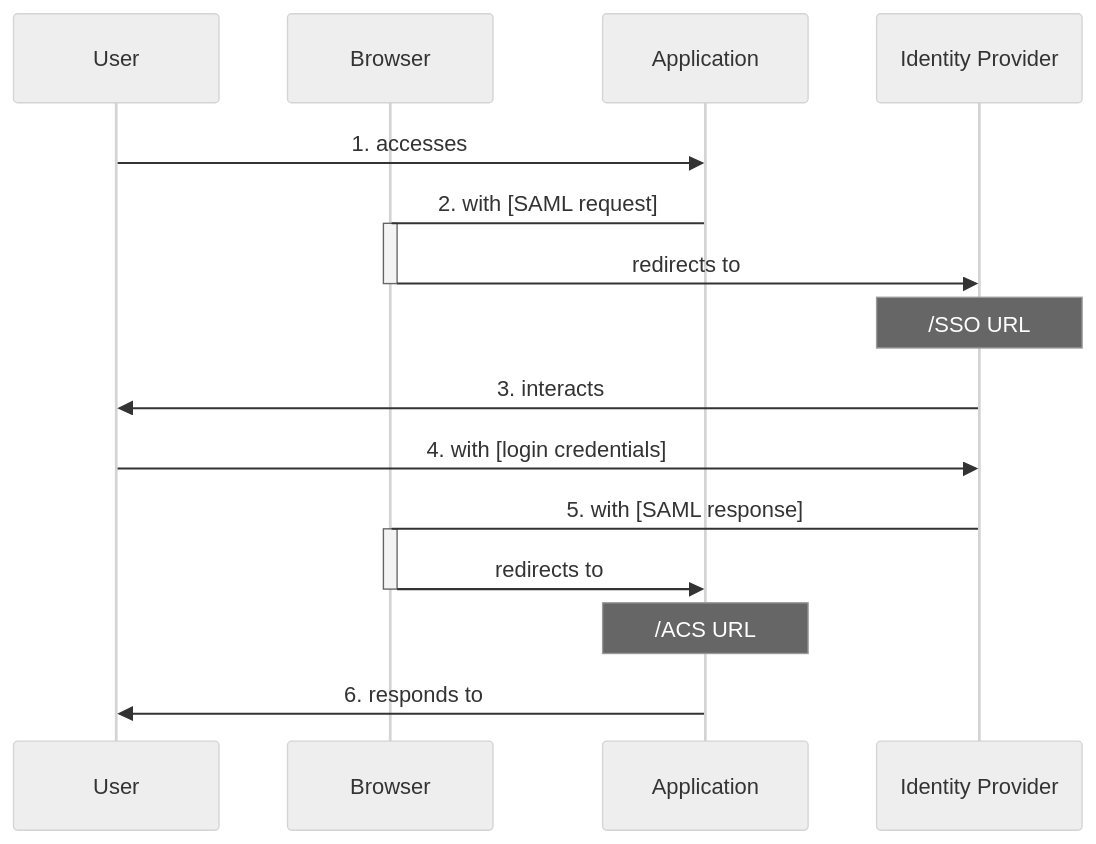
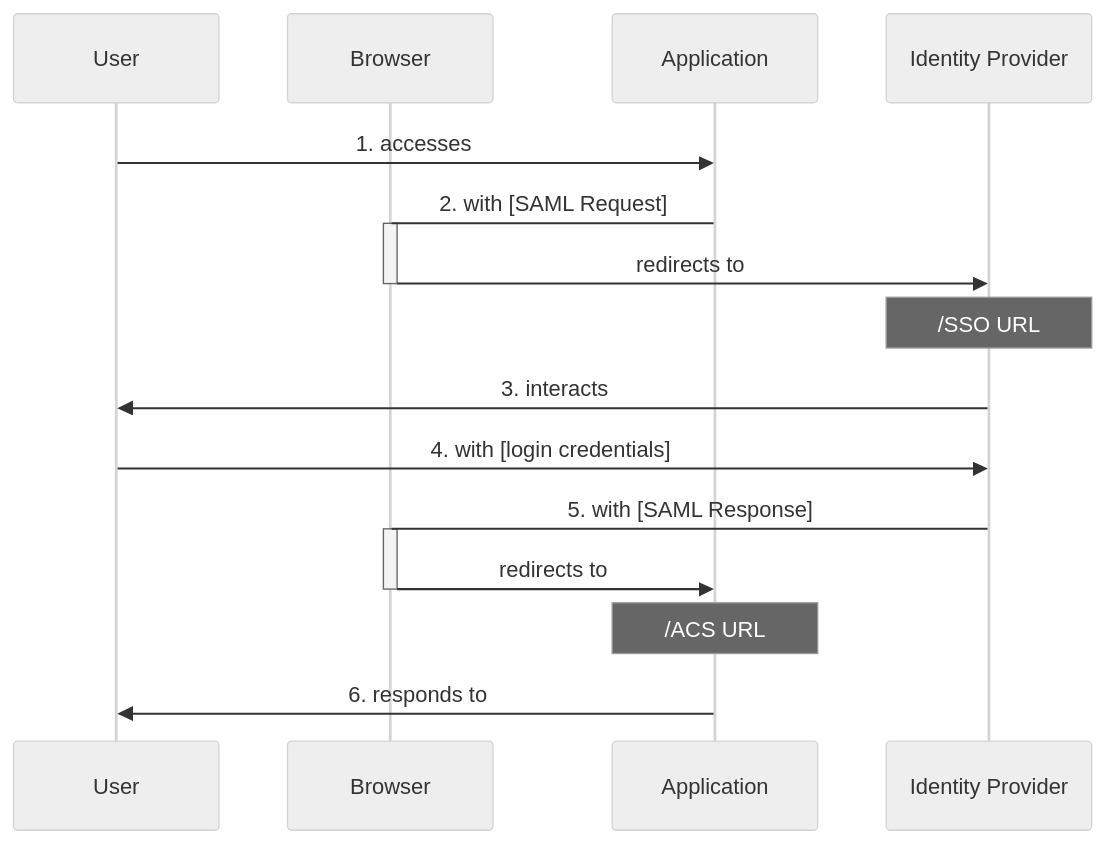
One commit to Octobug/blog changed the third of 3 diagrams in posts/sso-auth/README.md. Above: the diagram before and after it, drawn with Mermaid (neutral theme). The commit also changed other lines of this file, not shown here.

````diff
--- a/posts/sso-auth/README.md
+++ b/posts/sso-auth/README.md
@@ -159,28 +162,28 @@
 ```mermaid
 sequenceDiagram
 
 participant User
 participant Browser
 participant Application
 participant Identity Provider
 
 User->>Application: 1. accesses
 
-Application->Browser: 2. with [SAML request]
+Application->Browser: 2. with [SAML Request]
 Activate Browser
 Browser->>Identity Provider: redirects to
 Deactivate Browser
 Note over Identity Provider: /SSO URL
 
 Identity Provider->>User: 3. interacts
 
 User->>Identity Provider: 4. with [login credentials]
 
-Identity Provider->Browser: 5. with [SAML response]
+Identity Provider->Browser: 5. with [SAML Response]
 Activate Browser
 Browser->>Application: redirects to
 Deactivate Browser
 Note over Application: /ACS URL
 
 Application->>User: 6. responds to
 ```
````
